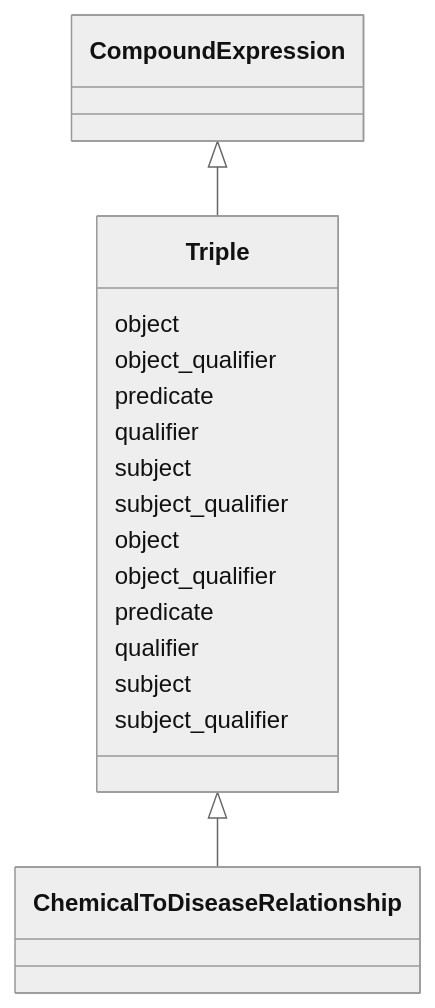
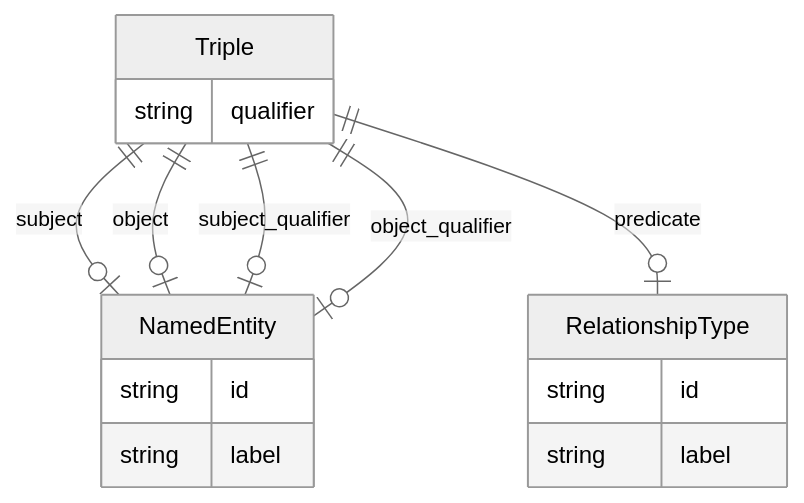
One commit to monarch-initiative/ontogpt changed the diagram in docs/ctd/Triple.md. Above: the diagram before and after it, drawn with Mermaid (neutral theme). The commit also changed 187 other files, not shown here.

````diff
--- a/docs/ctd/Triple.md
+++ b/docs/ctd/Triple.md
@@ -12,23 +12,21 @@
 ```mermaid
- classDiagram
-    class Triple
-      CompoundExpression <|-- Triple
-      
-      Triple : object
-      Triple : object_qualifier
-      Triple : predicate
-      Triple : qualifier
-      Triple : subject
-      Triple : subject_qualifier
-      
+erDiagram
+Triple {
+    string qualifier  
+}
+NamedEntity {
+    string id  
+    string label  
+}
+RelationshipType {
+    string id  
+    string label  
+}
 
-      Triple <|-- ChemicalToDiseaseRelationship
-      
-      Triple : object
-      Triple : object_qualifier
-      Triple : predicate
-      Triple : qualifier
-      Triple : subject
-      Triple : subject_qualifier
-      
+Triple ||--|o NamedEntity : "subject"
+Triple ||--|o RelationshipType : "predicate"
+Triple ||--|o NamedEntity : "object"
+Triple ||--|o NamedEntity : "subject_qualifier"
+Triple ||--|o NamedEntity : "object_qualifier"
+
 ```
````
